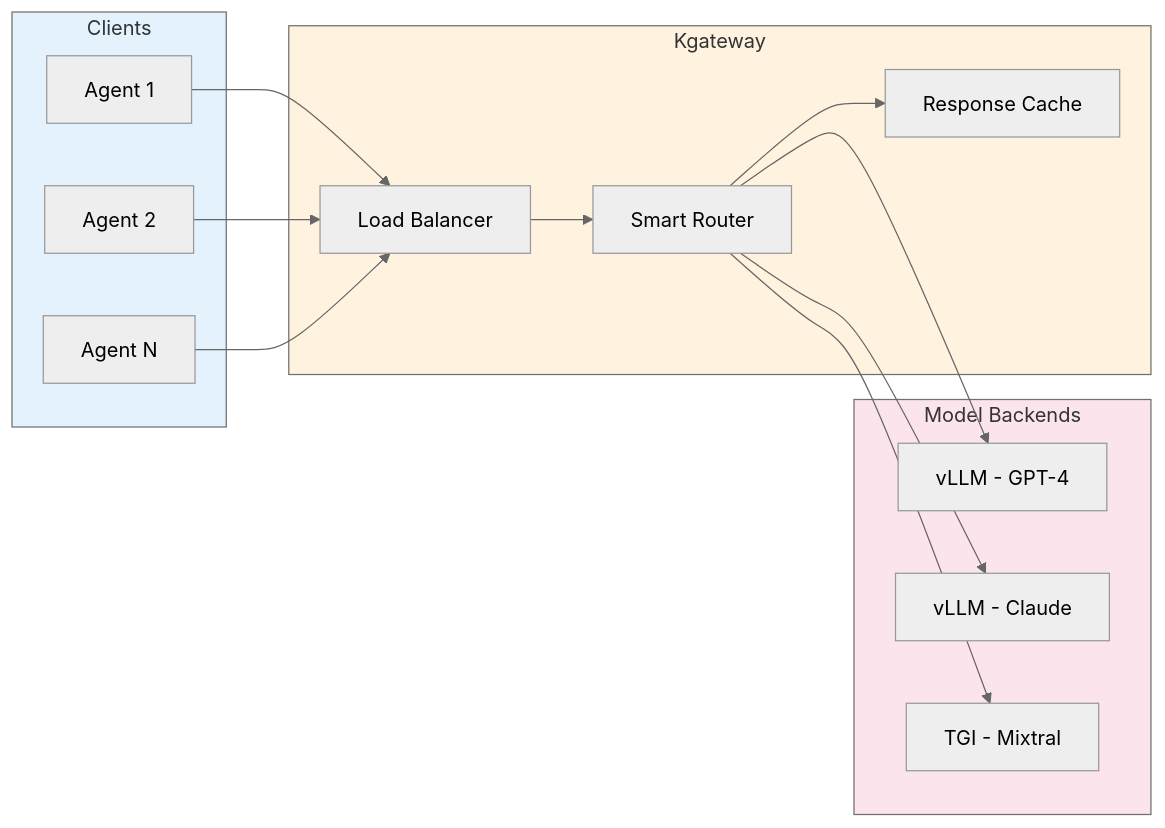
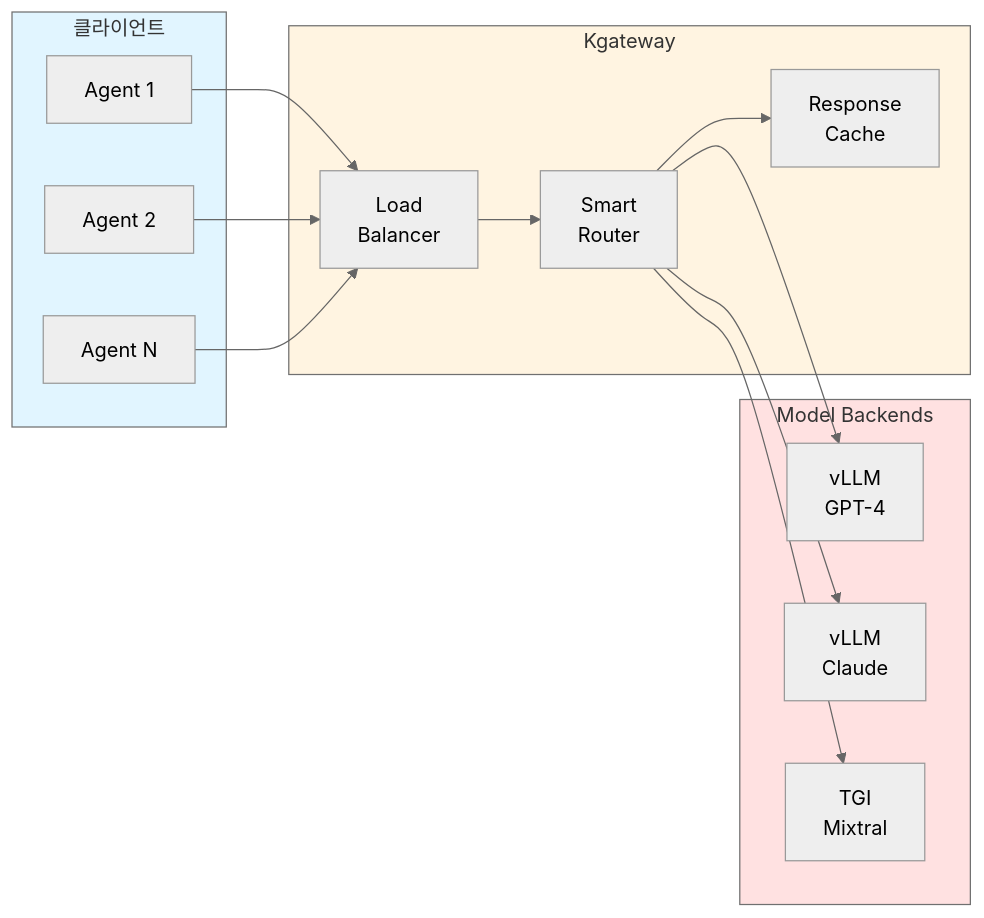
The fifth of 10 diagrams in docs/agentic-ai-platform/design-architecture/agentic-platform-architecture.md (devfloor9/engineering-playbook), drawn with Mermaid (neutral theme) before and after one commit. The commit also changed other lines of this file and 24 other files, not shown here.

````diff
--- a/docs/agentic-ai-platform/design-architecture/agentic-platform-architecture.md
+++ b/docs/agentic-ai-platform/design-architecture/agentic-platform-architecture.md
@@ -362,33 +362,33 @@
 ```mermaid
-graph LR
-    subgraph Clients["Clients"]
+flowchart LR
+    subgraph Clients["클라이언트"]
         C1["Agent 1"]
         C2["Agent 2"]
         C3["Agent N"]
     end
 
-    subgraph Kgateway["Kgateway"]
-        LB["Load Balancer"]
-        ROUTER["Smart Router"]
-        CACHE["Response Cache"]
+    subgraph Gateway["Kgateway"]
+        LB["Load<br/>Balancer"]
+        ROUTER["Smart<br/>Router"]
+        CACHE["Response<br/>Cache"]
     end
 
     subgraph Models["Model Backends"]
-        M1["vLLM - GPT-4"]
-        M2["vLLM - Claude"]
-        M3["TGI - Mixtral"]
+        M1["vLLM<br/>GPT-4"]
+        M2["vLLM<br/>Claude"]
+        M3["TGI<br/>Mixtral"]
     end
 
     C1 --> LB
     C2 --> LB
     C3 --> LB
     LB --> ROUTER
     ROUTER --> CACHE
     ROUTER --> M1
     ROUTER --> M2
     ROUTER --> M3
 
-    style Clients fill:#e3f2fd
-    style Kgateway fill:#fff3e0
-    style Models fill:#fce4ec
+    style Clients fill:#e1f5ff
+    style Gateway fill:#fff4e1
+    style Models fill:#ffe1e1
 ```
````
